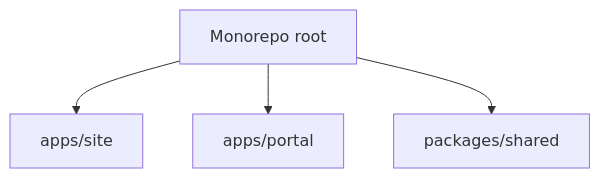
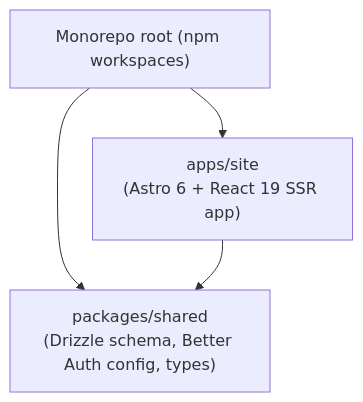
One commit to stevenfackley/steveackley-website changed the diagram in docs/SDD.md. Above: the diagram before and after it, drawn with Mermaid. The commit also changed other lines of this file and 9 other files, not shown here.

````diff
--- a/docs/SDD.md
+++ b/docs/SDD.md
@@ -5,6 +5,6 @@
 ```mermaid
 flowchart TB
-    root["Monorepo root"] --> site["apps/site"]
-    root --> portal["apps/portal"]
-    root --> shared["packages/shared"]
+    root["Monorepo root (npm workspaces)"] --> site["apps/site<br/>(Astro 6 + React 19 SSR app)"]
+    root --> shared["packages/shared<br/>(Drizzle schema, Better Auth config, types)"]
+    site --> shared
 ```
````
